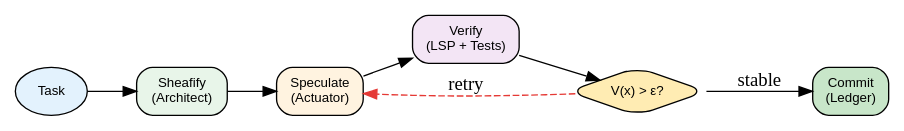
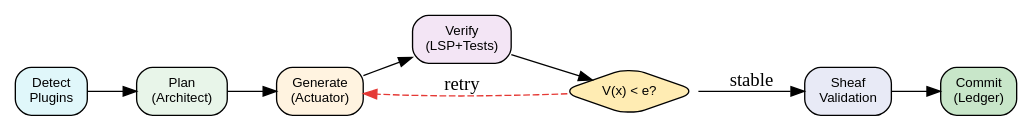
One commit to eonseed/perspt changed the second of 2 diagrams in docs/perspt_book/source/introduction.rst. Above: the diagram before and after it, drawn with Graphviz. The commit also changed other lines of this file and 50 other files, not shown here.

```diff
--- a/docs/perspt_book/source/introduction.rst
+++ b/docs/perspt_book/source/introduction.rst
@@ -112,22 +160,24 @@
 .. graphviz::
    :align: center
-   :caption: SRBN Control Flow
+   :caption: SRBN Control Flow (PSP-5)
 
    digraph srbn {
        rankdir=LR;
        node [shape=box, style="rounded,filled", fontname="Helvetica", fontsize=10];
-       
-       task [label="Task", shape=ellipse, fillcolor="#E3F2FD"];
-       sheaf [label="Sheafify\n(Architect)", fillcolor="#E8F5E9"];
-       spec [label="Speculate\n(Actuator)", fillcolor="#FFF3E0"];
-       verify [label="Verify\n(LSP + Tests)", fillcolor="#F3E5F5"];
-       check [label="V(x) > ε?", shape=diamond, fillcolor="#FFECB3"];
+
+       detect [label="Detect\nPlugins", fillcolor="#E0F7FA"];
+       plan [label="Plan\n(Architect)", fillcolor="#E8F5E9"];
+       gen [label="Generate\n(Actuator)", fillcolor="#FFF3E0"];
+       verify [label="Verify\n(LSP+Tests)", fillcolor="#F3E5F5"];
+       check [label="V(x) < e?", shape=diamond, fillcolor="#FFECB3"];
+       sheaf [label="Sheaf\nValidation", fillcolor="#E8EAF6"];
        commit [label="Commit\n(Ledger)", fillcolor="#C8E6C9"];
-       
-       task -> sheaf;
-       sheaf -> spec;
-       spec -> verify;
+
+       detect -> plan;
+       plan -> gen;
+       gen -> verify;
        verify -> check;
-       check -> spec [label="retry", style=dashed, color="#E53935"];
-       check -> commit [label="stable"];
+       check -> gen [label="retry", style=dashed, color="#E53935"];
+       check -> sheaf [label="stable"];
+       sheaf -> commit;
    }
```
